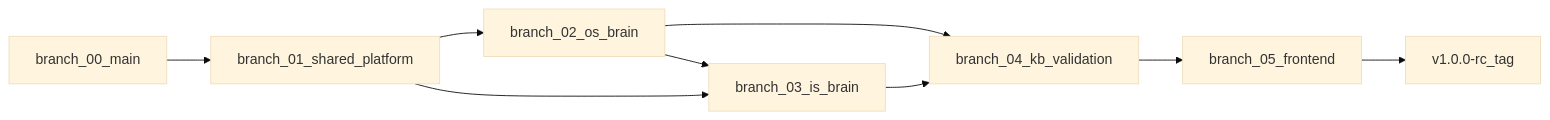
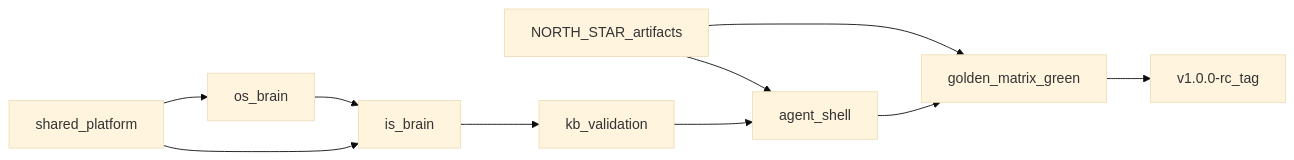
The diagram in docs/v1.0.0/README.md (AllBLUE-24/F3Next), drawn with Mermaid (base theme) before and after one commit. The commit also changed other lines of this file and 46 other files, not shown here.

````diff
--- a/docs/v1.0.0/README.md
+++ b/docs/v1.0.0/README.md
@@ -64,19 +78,21 @@
 ```mermaid
 flowchart LR
-  B0[branch_00_main]
-  B1[branch_01_shared_platform]
-  B2[branch_02_os_brain]
-  B3[branch_03_is_brain]
-  B4[branch_04_kb_validation]
-  B5[branch_05_frontend]
+  NS[NORTH_STAR_artifacts]
+  B1[shared_platform]
+  B2[os_brain]
+  B3[is_brain]
+  B4[kb_validation]
+  SH[agent_shell]
+  GM[golden_matrix_green]
   REL[v1.0.0-rc_tag]
 
-  B0 --> B1
+  NS --> SH
+  NS --> GM
   B1 --> B2
   B2 --> B3
   B1 --> B3
-  B2 --> B4
   B3 --> B4
-  B4 --> B5
-  B5 --> REL
+  B4 --> SH
+  SH --> GM
+  GM --> REL
 ```
````
